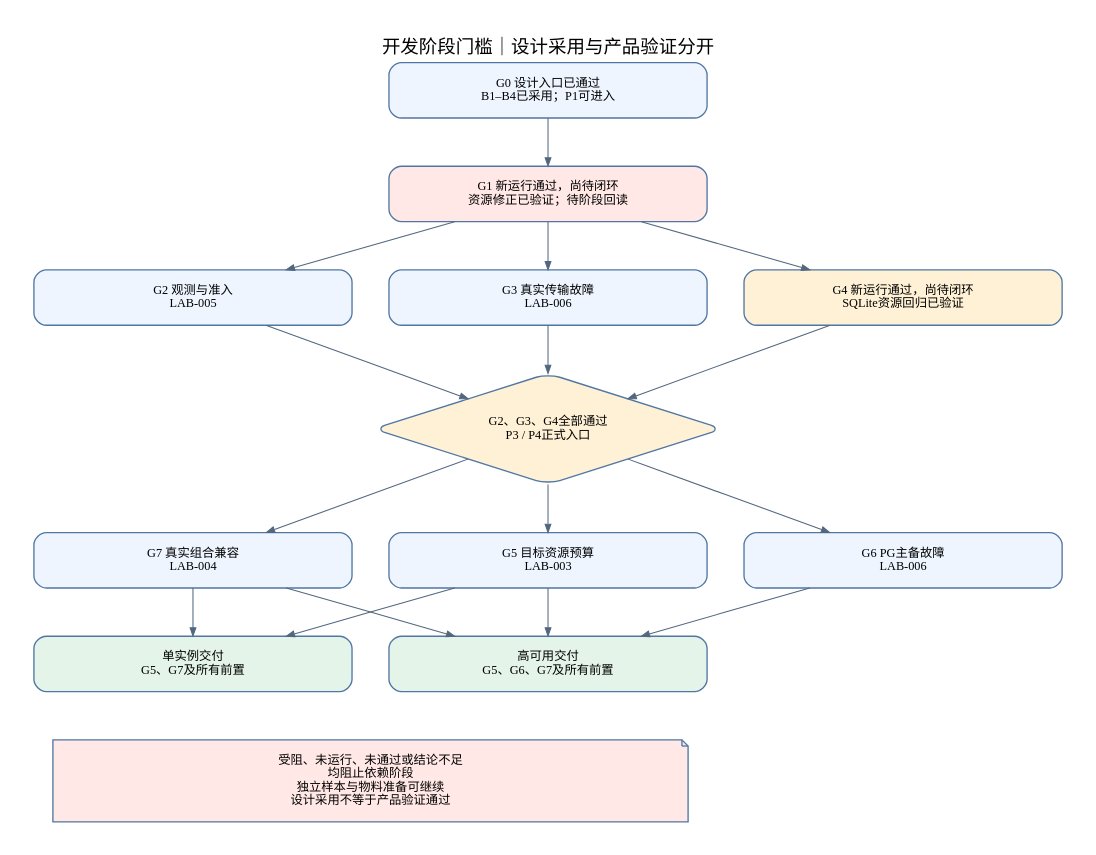
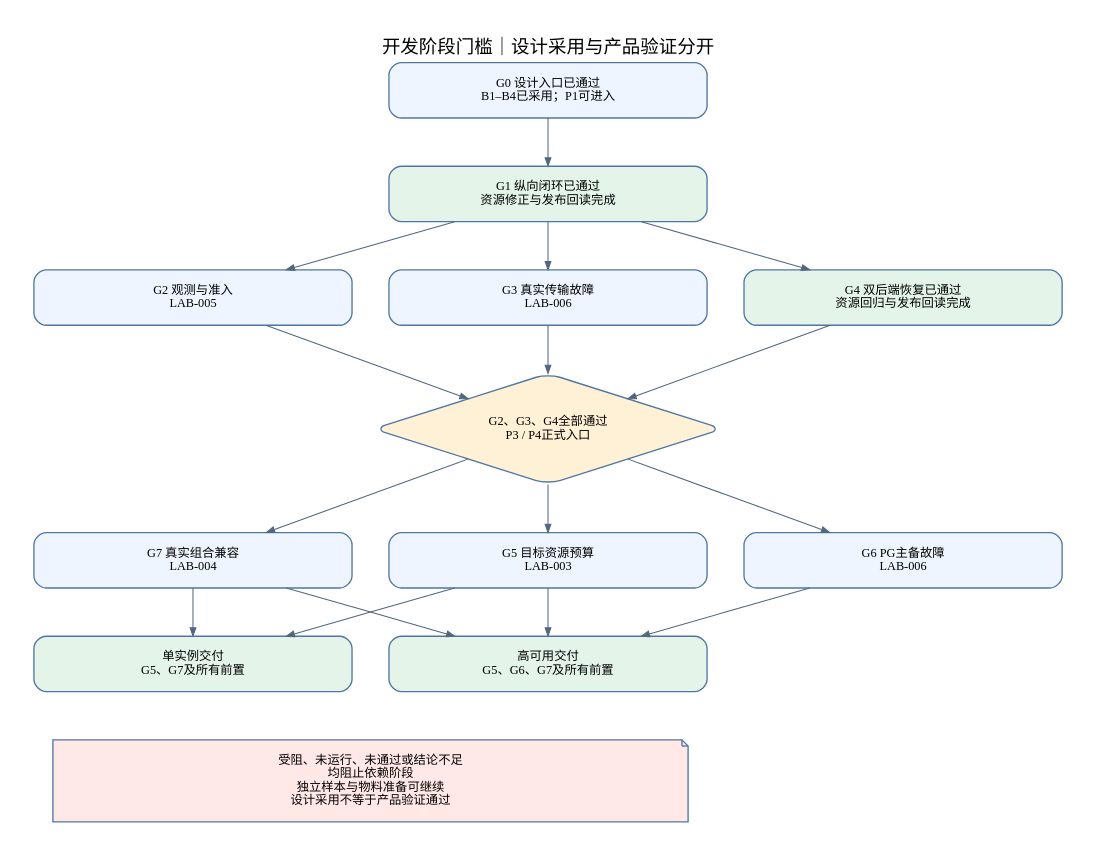
One commit to wyw-ai/loom-oi changed the diagram in docs/architecture/diagrams/v0.7/06-delivery-dependencies.dot. Above: the diagram before and after it, drawn with Graphviz. The commit also changed 27 other files, not shown here.

```diff
--- a/docs/architecture/diagrams/v0.7/06-delivery-dependencies.dot
+++ b/docs/architecture/diagrams/v0.7/06-delivery-dependencies.dot
@@ -1,23 +1,23 @@
 digraph G {
 graph [bgcolor="white",pad="0.35",nodesep="0.5",ranksep="0.65",fontname="Noto Sans SC",fontsize=18,labelloc="t",splines=polyline];
 node [shape=box,style="rounded,filled",fillcolor="#eef5ff",color="#5077a3",fontname="Noto Sans SC",fontsize=12,width=4.3,margin="0.35,0.2",penwidth=1.3];
 edge [color="#52677f",fontname="Noto Sans SC",fontsize=10,arrowsize=0.8];
 rankdir=TB;label="开发阶段门槛｜设计采用与产品验证分开";
  g0[label="G0 设计入口已通过\nB1–B4已采用；P1可进入"];
- g1[label="G1 新运行通过，尚待闭环\n资源修正已验证；待阶段回读",fillcolor="#ffe8e5"];
+ g1[label="G1 纵向闭环已通过\n资源修正与发布回读完成",fillcolor="#e4f4e9"];
  g2[label="G2 观测与准入\nLAB-005"];
  g3[label="G3 真实传输故障\nLAB-006"];
- g4[label="G4 新运行通过，尚待闭环\nSQLite资源回归已验证",fillcolor="#fff1d6"];
+ g4[label="G4 双后端恢复已通过\n资源回归与发布回读完成",fillcolor="#e4f4e9"];
  gate[label="G2、G3、G4全部通过\nP3 / P4正式入口",shape=diamond,fillcolor="#fff1d6"];
  g5[label="G5 目标资源预算\nLAB-003"];
  g6[label="G6 PG主备故障\nLAB-006"];
  g7[label="G7 真实组合兼容\nLAB-004"];
  single[label="单实例交付\nG5、G7及所有前置",fillcolor="#e4f4e9"];
  ha[label="高可用交付\nG5、G6、G7及所有前置",fillcolor="#e4f4e9"];
  g0->g1;g1->g2;g1->g3;g1->g4;{rank=same;g2;g3;g4;}
  g2->gate;g3->gate;g4->gate;gate->g5;gate->g6;gate->g7;{rank=same;g5;g6;g7;}
  g5->single;g7->single;g5->ha;g6->ha;g7->ha;
  note[label="受阻、未运行、未通过或结论不足\n均阻止依赖阶段\n独立样本与物料准备可继续\n设计采用不等于产品验证通过",width=8.6,shape=note,fillcolor="#ffe8e5"];
  single->note[style=invis];ha->note[style=invis];
 
 }
```
